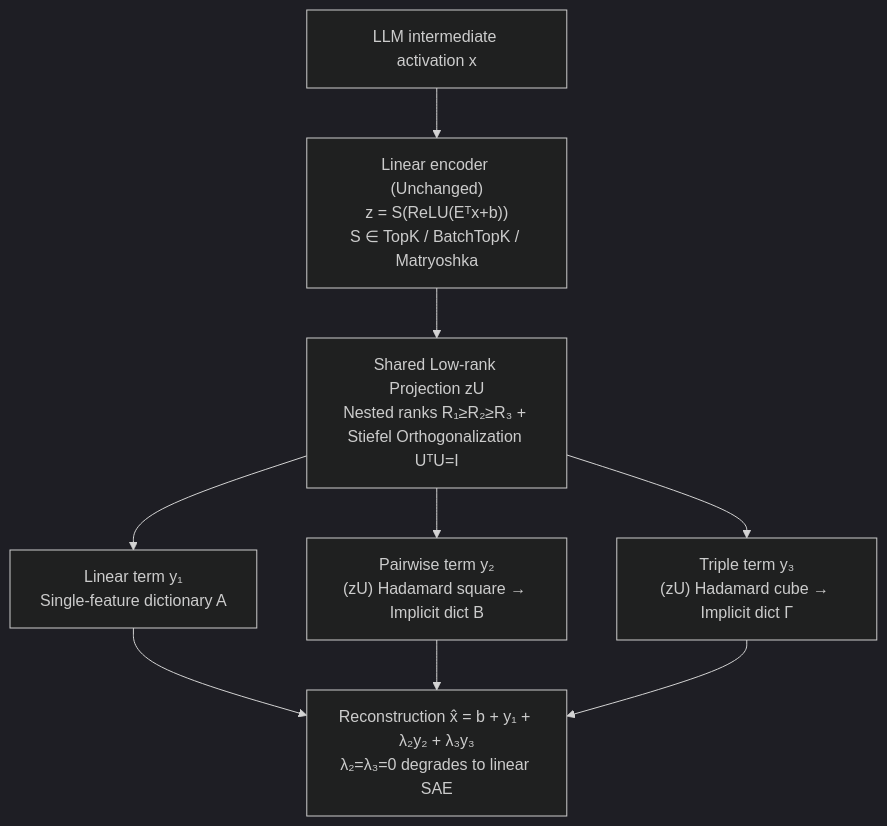
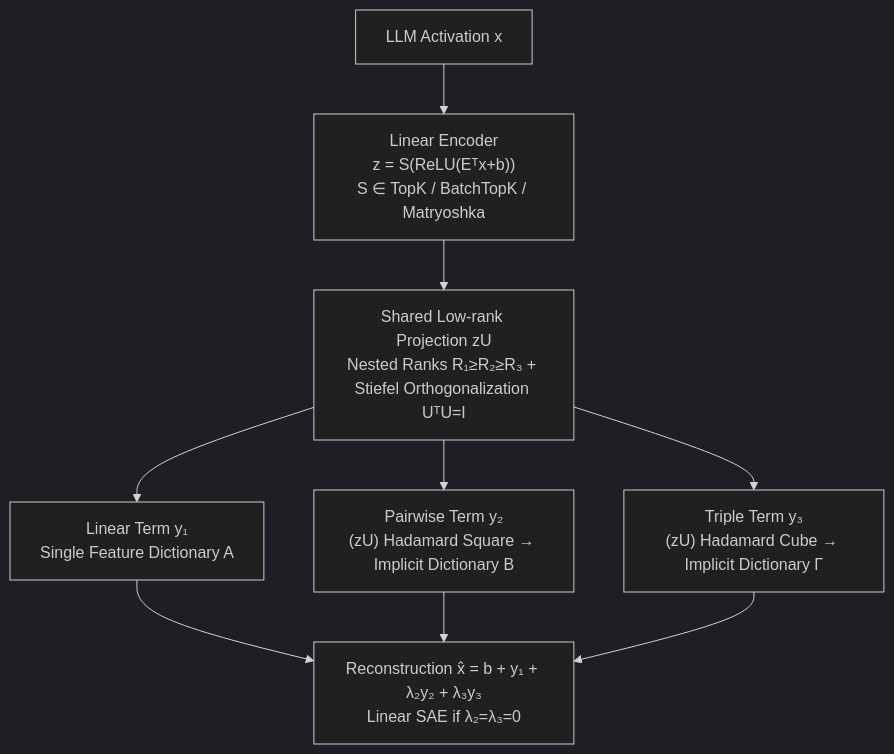
The diagram in docs/ICML2026/interpretability/polysae_modeling_feature_interactions_in_sparse_autoencoders_via_polynomial_deco.md (zhaoyang97/Paper-Notes-en), drawn with Mermaid (dark theme) before and after one commit. The commit also changed other lines of this file and 5084 other files, not shown here.

````diff
--- a/docs/ICML2026/interpretability/polysae_modeling_feature_interactions_in_sparse_autoencoders_via_polynomial_deco.md
+++ b/docs/ICML2026/interpretability/polysae_modeling_feature_interactions_in_sparse_autoencoders_via_polynomial_deco.md
@@ -42,11 +42,11 @@
 ```mermaid
-flowchart TD
-    X["LLM intermediate activation x"] --> ENC["Linear encoder (Unchanged)<br/>z = S(ReLU(Eᵀx+b))<br/>S ∈ TopK / BatchTopK / Matryoshka"]
-    ENC --> U["Shared Low-rank Projection zU<br/>Nested ranks R₁≥R₂≥R₃ + Stiefel Orthogonalization UᵀU=I"]
-    U --> Y1["Linear term y₁<br/>Single-feature dictionary A"]
-    U --> Y2["Pairwise term y₂<br/>(zU) Hadamard square → Implicit dict B"]
-    U --> Y3["Triple term y₃<br/>(zU) Hadamard cube → Implicit dict Γ"]
-    Y1 --> REC["Reconstruction x̂ = b + y₁ + λ₂y₂ + λ₃y₃<br/>λ₂=λ₃=0 degrades to linear SAE"]
+graph TD
+    X["LLM Activation x"] --> ENC["Linear Encoder<br/>z = S(ReLU(Eᵀx+b))<br/>S ∈ TopK / BatchTopK / Matryoshka"]
+    ENC --> U["Shared Low-rank Projection zU<br/>Nested Ranks R₁≥R₂≥R₃ + Stiefel Orthogonalization UᵀU=I"]
+    U --> Y1["Linear Term y₁<br/>Single Feature Dictionary A"]
+    U --> Y2["Pairwise Term y₂<br/>(zU) Hadamard Square → Implicit Dictionary B"]
+    U --> Y3["Triple Term y₃<br/>(zU) Hadamard Cube → Implicit Dictionary Γ"]
+    Y1 --> REC["Reconstruction x̂ = b + y₁ + λ₂y₂ + λ₃y₃<br/>Linear SAE if λ₂=λ₃=0"]
     Y2 --> REC
     Y3 --> REC
 ```
````
